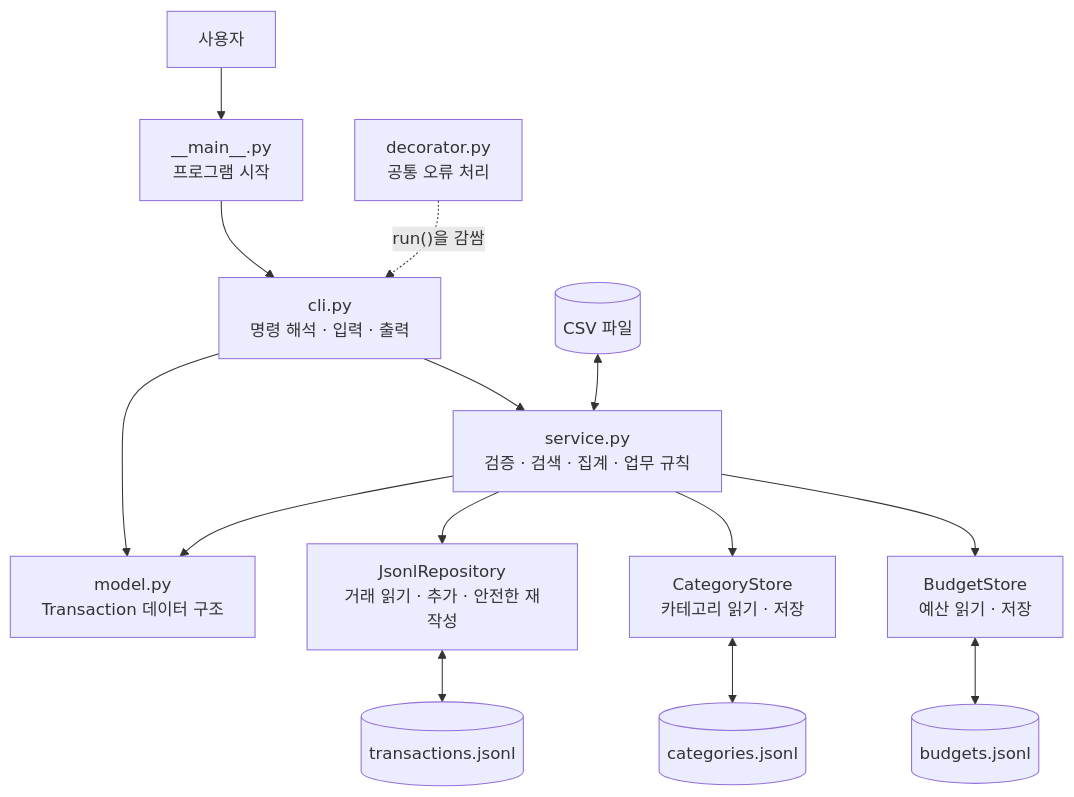
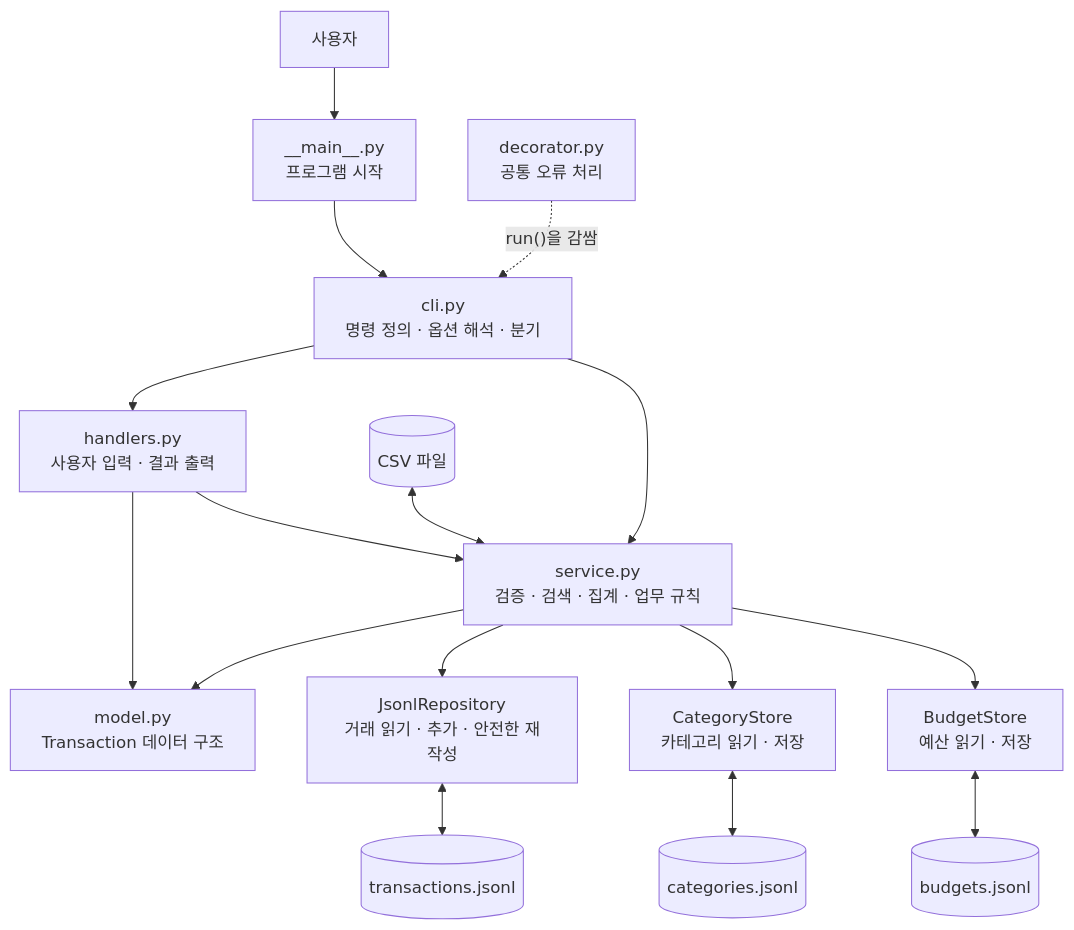
Before and after one commit to greenable-7/B2-1-budget: the first of 2 diagrams in README.md, drawn with Mermaid. The commit also changed other lines of this file and 3 other files, not shown here.

Commit message:
refactor: separate CLI handlers

````diff
--- a/README.md
+++ b/README.md
@@ -57,20 +59,22 @@
 ```mermaid
 flowchart TD
     User["사용자"] --> Main["__main__.py<br/>프로그램 시작"]
-    Main --> CLI["cli.py<br/>명령 해석 · 입력 · 출력"]
+    Main --> CLI["cli.py<br/>명령 정의 · 옵션 해석 · 분기"]
     Decorator["decorator.py<br/>공통 오류 처리"] -. "run()을 감쌈" .-> CLI
 
-    CLI --> Model["model.py<br/>Transaction 데이터 구조"]
+    CLI --> Handlers["handlers.py<br/>사용자 입력 · 결과 출력"]
     CLI --> Service["service.py<br/>검증 · 검색 · 집계 · 업무 규칙"]
 
+    Handlers --> Model["model.py<br/>Transaction 데이터 구조"]
+    Handlers --> Service
     Service --> Model
     Service --> TransactionRepo["JsonlRepository<br/>거래 읽기 · 추가 · 안전한 재작성"]
     Service --> CategoryStore["CategoryStore<br/>카테고리 읽기 · 저장"]
     Service --> BudgetStore["BudgetStore<br/>예산 읽기 · 저장"]
 
     TransactionRepo <--> Transactions[("transactions.jsonl")]
     CategoryStore <--> Categories[("categories.jsonl")]
     BudgetStore <--> Budgets[("budgets.jsonl")]
 
     Csv[("CSV 파일")] <--> Service
 ```
````
